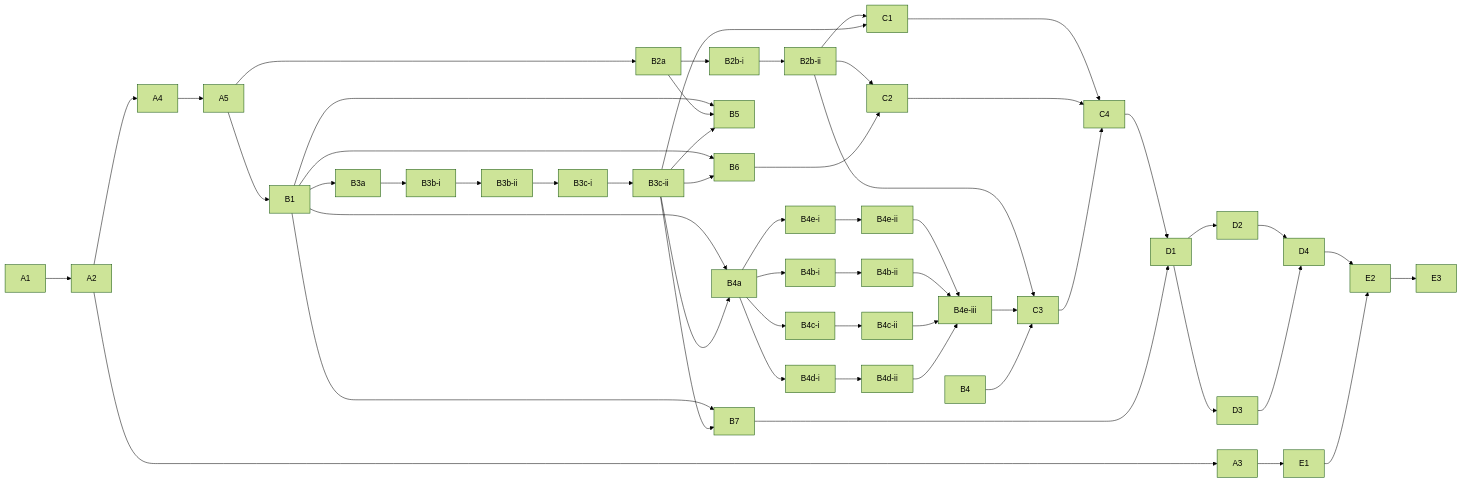
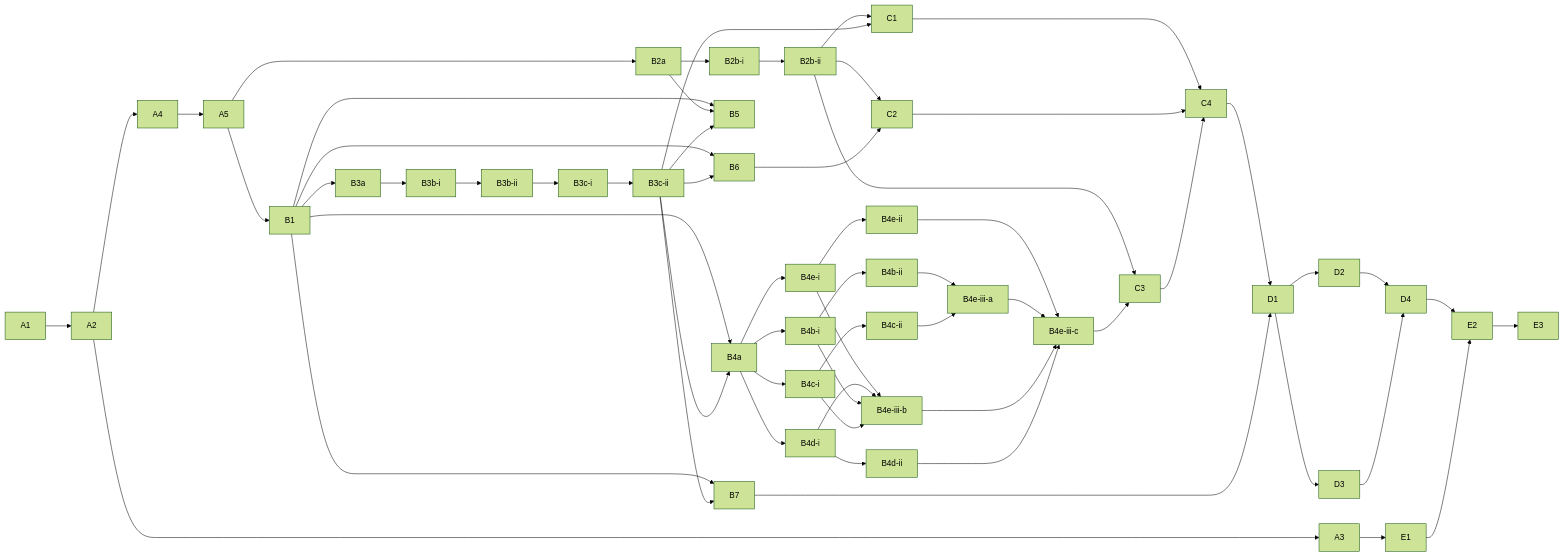
The diagram in tasks/BACKLOG.md (andreavadacchino/cPanel_self-migration), drawn with Mermaid (forest theme) before and after one commit. The commit also changed other lines of this file and 11 other files, not shown here.

````diff
--- a/tasks/BACKLOG.md
+++ b/tasks/BACKLOG.md
@@ -247,44 +261,47 @@
 ```mermaid
 graph LR
   A1-->A2
   A2-->A3
   A2-->A4-->A5
   A5-->B1
   A5-->B2a-->B2b-i-->B2b-ii
   B1-->B3a-->B3b-i-->B3b-ii-->B3c-i-->B3c-ii
   B1-->B4a
   B3c-ii-->B4a
   B4a-->B4b-i-->B4b-ii
   B4a-->B4c-i-->B4c-ii
   B4a-->B4d-i-->B4d-ii
-  B4a-->B4e-i-->B4e-ii-->B4e-iii
-  B4b-ii-->B4e-iii
-  B4c-ii-->B4e-iii
-  B4d-ii-->B4e-iii
+  B4a-->B4e-i-->B4e-ii-->B4e-iii-c
+  B4b-ii-->B4e-iii-a-->B4e-iii-c
+  B4c-ii-->B4e-iii-a
+  B4e-i-->B4e-iii-b-->B4e-iii-c
+  B4d-i-->B4e-iii-b
+  B4b-i-->B4e-iii-b
+  B4c-i-->B4e-iii-b
+  B4d-ii-->B4e-iii-c
   B1-->B5
   B2a-->B5
   B3c-ii-->B5
   B1-->B6
   B3c-ii-->B6
   B1-->B7
   B3c-ii-->B7
   B2b-ii-->C1
   B3c-ii-->C1
   B2b-ii-->C2
   B6-->C2
   B2b-ii-->C3
-  B4e-iii-->C3
-  B4-->C3
+  B4e-iii-c-->C3
   C1-->C4
   C2-->C4
   C3-->C4
   C4-->D1
   B7-->D1
   D1-->D2
   D1-->D3
   D2-->D4
   D3-->D4
   A3-->E1
   D4-->E2
   E1-->E2-->E3
 ```
````
